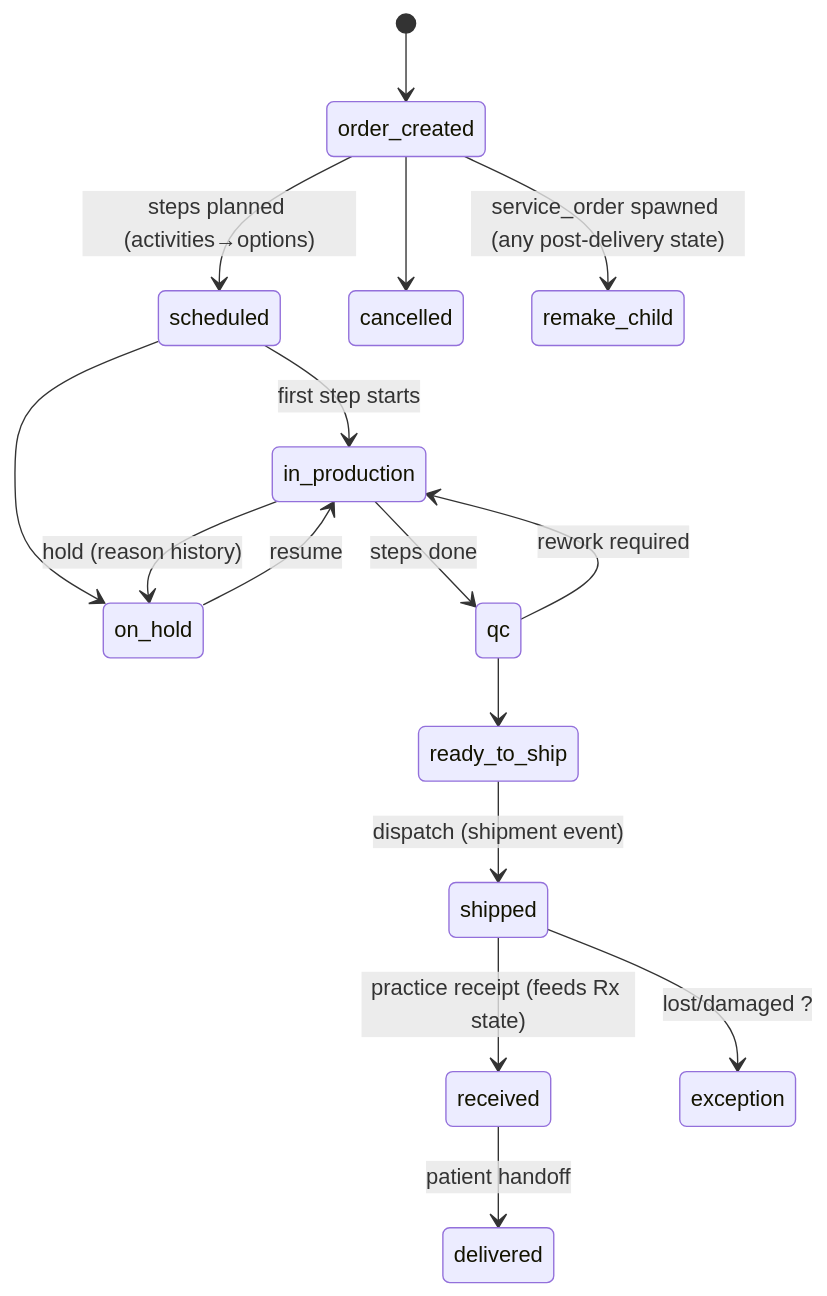
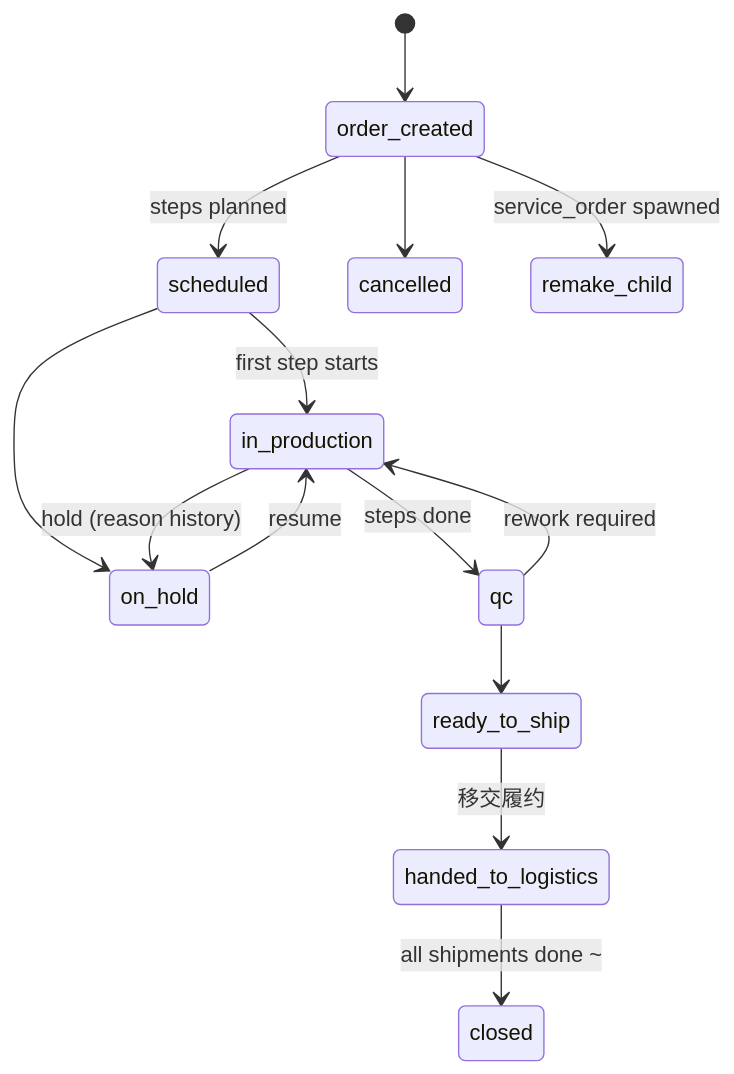
One commit to xiwei9871/open-rx changed the fifth of 6 diagrams in docs/architecture/state-machines.md. Above: the diagram before and after it, drawn with Mermaid. The commit also changed other lines of this file and 17 other files, not shown here.

````diff
--- a/docs/architecture/state-machines.md
+++ b/docs/architecture/state-machines.md
@@ -75,18 +122,16 @@
 ```mermaid
 stateDiagram-v2
   [*] --> order_created
-  order_created --> scheduled : steps planned (activities→options)
+  order_created --> scheduled : steps planned
   order_created --> cancelled
   scheduled --> in_production : first step starts
   scheduled --> on_hold
   in_production --> on_hold : hold (reason history)
   on_hold --> in_production : resume
   in_production --> qc : steps done
   qc --> in_production : rework required
   qc --> ready_to_ship
-  ready_to_ship --> shipped : dispatch (shipment event)
-  shipped --> received : practice receipt (feeds Rx state)
-  received --> delivered : patient handoff
-  shipped --> exception : lost/damaged ?
-  order_created --> remake_child : service_order spawned (any post-delivery state)
+  ready_to_ship --> handed_to_logistics : 移交履约
+  handed_to_logistics --> closed : all shipments done ~
+  order_created --> remake_child : service_order spawned
 ```
````
